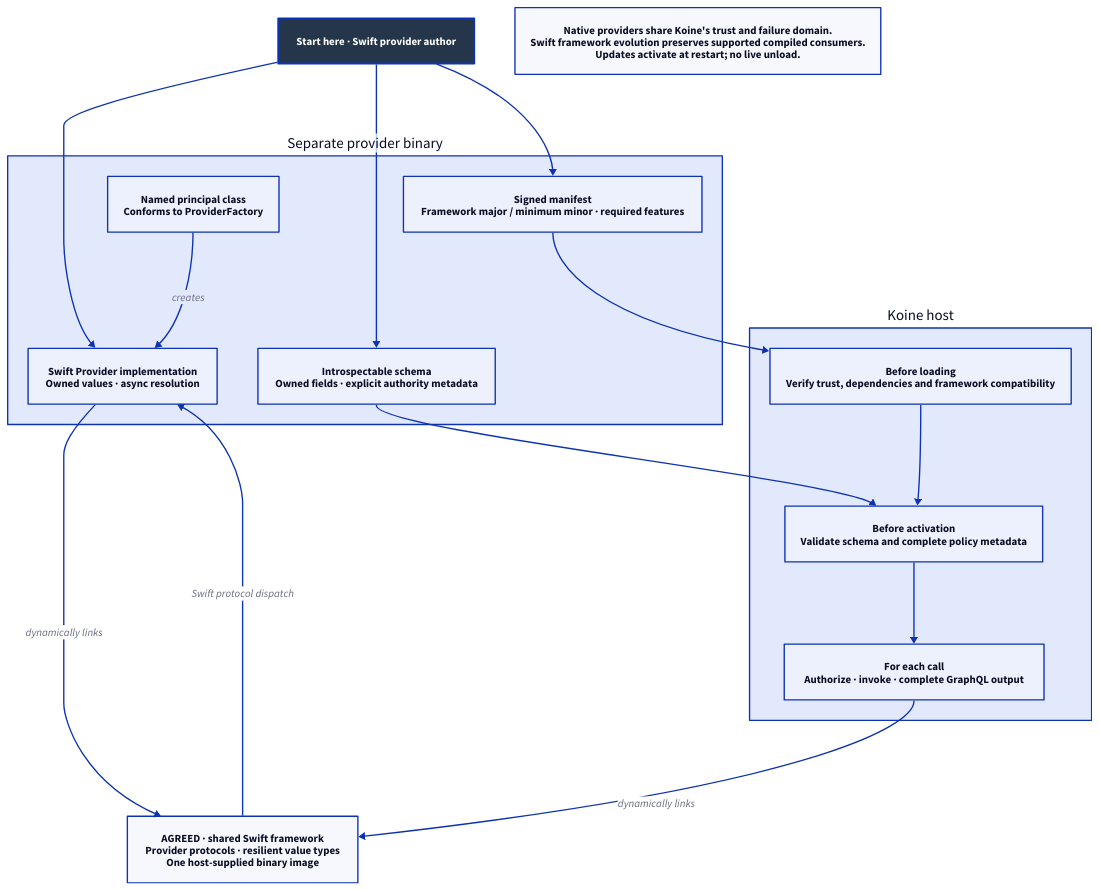
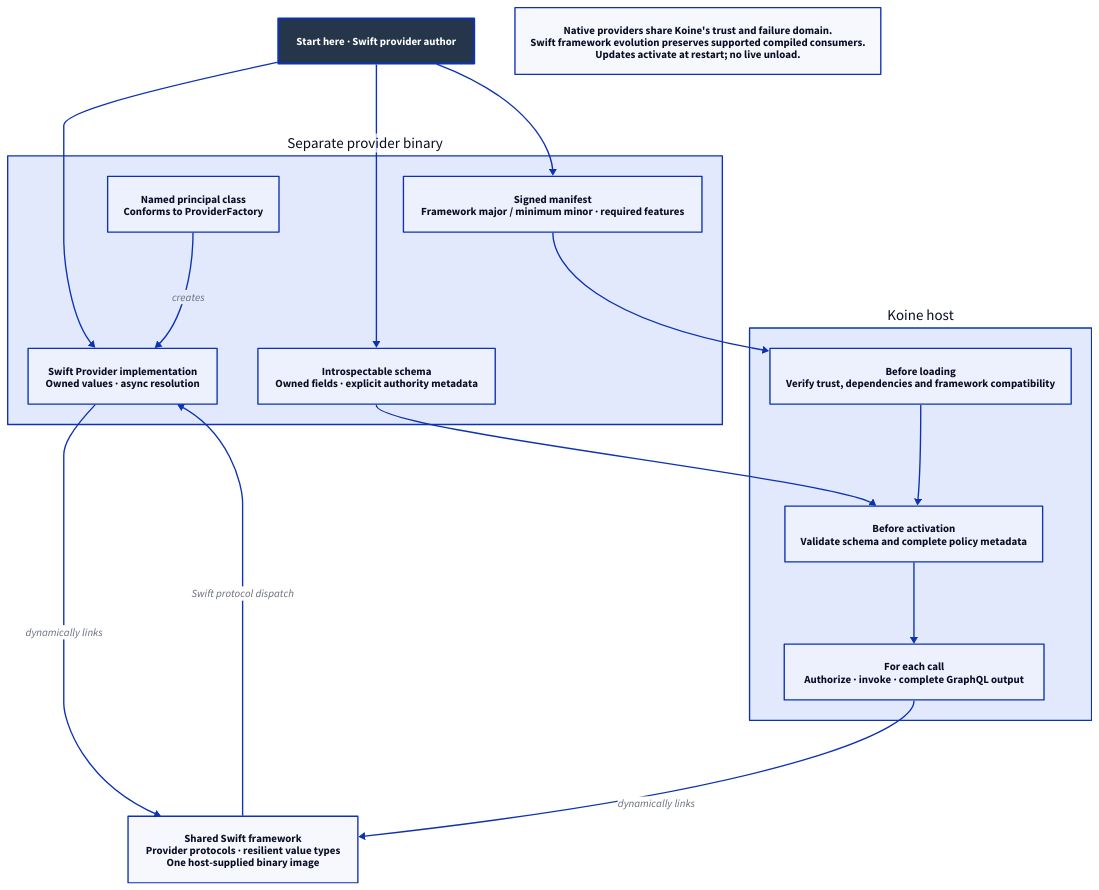
Before and after one commit to Linkuistics/Koine: the diagram in docs/design/architecture/sdk-contributions.d2, drawn with D2. The commit also changed 48 other files, not shown here.

```diff
--- a/docs/design/architecture/sdk-contributions.d2
+++ b/docs/design/architecture/sdk-contributions.d2
@@ -1,30 +1,30 @@
-# Interface dependency view. Shared resilient Swift framework is agreed.
+# Interface dependency view. Koine uses a shared resilient Swift framework.
 direction: down
 classes: {start: {style: {fill: "#25364B"; font-color: "#FFFFFF"; bold: true; stroke-width: 3}}}
 Author: "Start here · Swift provider author" {class: start}
 Bundle: "Separate provider binary" {
   style.font-size: 22
   Manifest: "Signed manifest\nFramework major / minimum minor · required features"
   Schema: "Introspectable schema\nOwned fields · explicit authority metadata"
   Factory: "Named principal class\nConforms to ProviderFactory"
   Provider: "Swift Provider implementation\nOwned values · async resolution"
   Factory -> Provider: creates
 }
-Framework: "AGREED · shared Swift framework\nProvider protocols · resilient value types\nOne host-supplied binary image"
+Framework: "Shared Swift framework\nProvider protocols · resilient value types\nOne host-supplied binary image"
 Host: "Koine host" {
   style.font-size: 22
   Loader: "Before loading\nVerify trust, dependencies and framework compatibility"
   Registry: "Before activation\nValidate schema and complete policy metadata"
   Executor: "For each call\nAuthorize · invoke · complete GraphQL output"
   Loader -> Registry
   Registry -> Executor
 }
 Author -> Bundle.Provider
 Author -> Bundle.Schema
 Author -> Bundle.Manifest
 Bundle.Manifest -> Host.Loader
 Bundle.Schema -> Host.Registry
 Bundle.Provider -> Framework: dynamically links
 Host.Executor -> Framework: dynamically links
 Framework -> Bundle.Provider: Swift protocol dispatch
 Note: "Native providers share Koine's trust and failure domain.\nSwift framework evolution preserves supported compiled consumers.\nUpdates activate at restart; no live unload."
```
